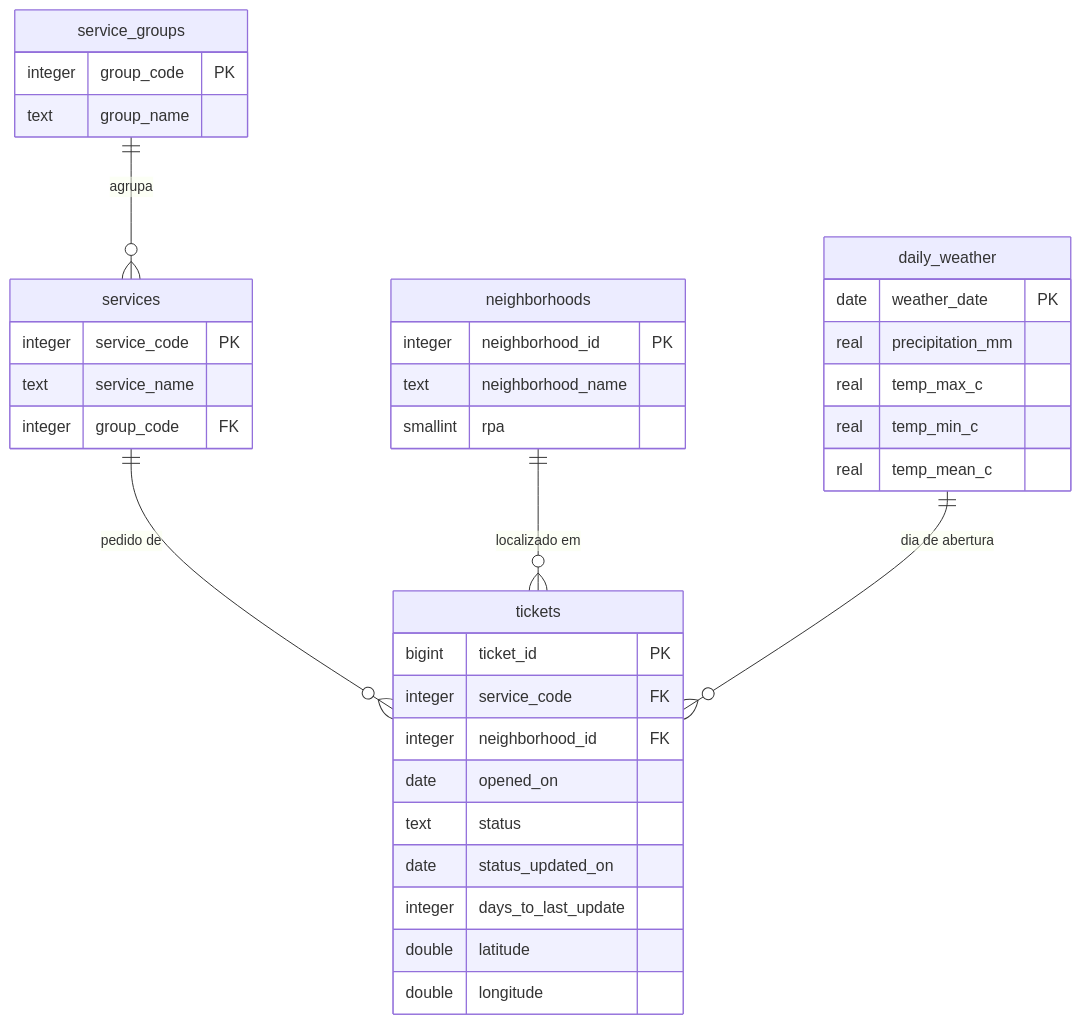
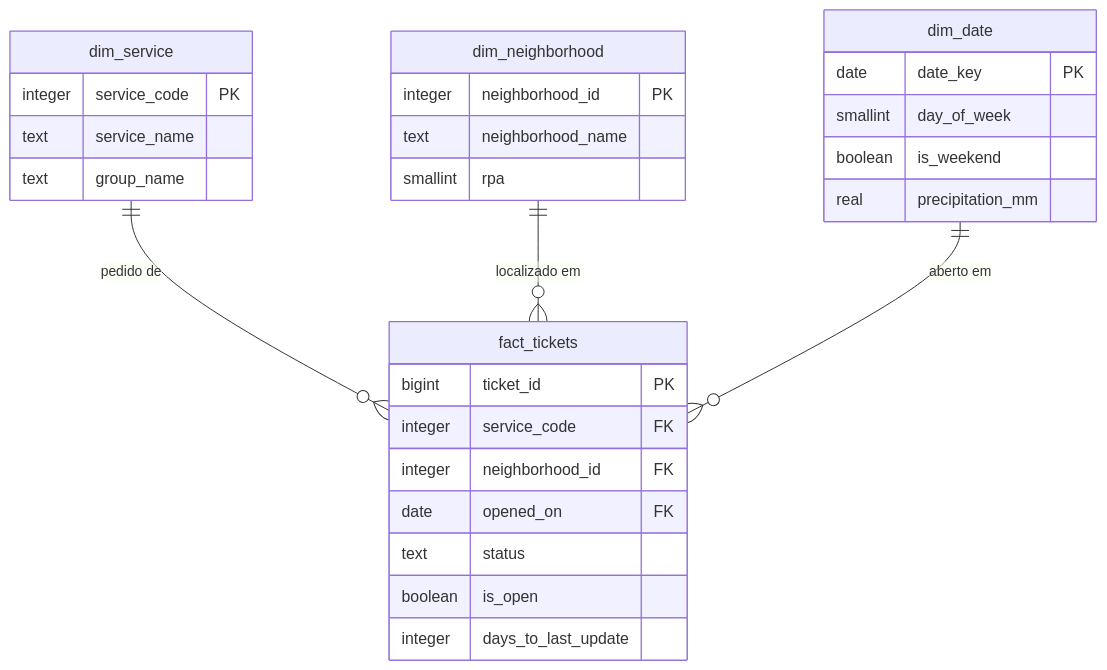
One commit to nogsposito/recife-156 changed the second of 2 diagrams in README.md. Above: the diagram before and after it, drawn with Mermaid. The commit also changed other lines of this file and 45 other files, not shown here.

````diff
--- a/README.md
+++ b/README.md
@@ -43,39 +47,31 @@
 ```mermaid
 erDiagram
-    service_groups ||--o{ services : agrupa
-    services ||--o{ tickets : "pedido de"
-    neighborhoods ||--o{ tickets : "localizado em"
-    daily_weather ||--o{ tickets : "dia de abertura"
-    service_groups {
-        integer group_code PK
+    dim_service ||--o{ fact_tickets : "pedido de"
+    dim_neighborhood ||--o{ fact_tickets : "localizado em"
+    dim_date ||--o{ fact_tickets : "aberto em"
+    dim_service {
+        integer service_code PK
+        text service_name
         text group_name
     }
-    services {
-        integer service_code PK
-        text service_name
-        integer group_code FK
-    }
-    neighborhoods {
+    dim_neighborhood {
         integer neighborhood_id PK
         text neighborhood_name
         smallint rpa
     }
-    daily_weather {
-        date weather_date PK
+    dim_date {
+        date date_key PK
+        smallint day_of_week
+        boolean is_weekend
         real precipitation_mm
-        real temp_max_c
-        real temp_min_c
-        real temp_mean_c
     }
-    tickets {
+    fact_tickets {
         bigint ticket_id PK
         integer service_code FK
         integer neighborhood_id FK
-        date opened_on
+        date opened_on FK
         text status
-        date status_updated_on
+        boolean is_open
         integer days_to_last_update
-        double latitude
-        double longitude
     }
 ```
````
